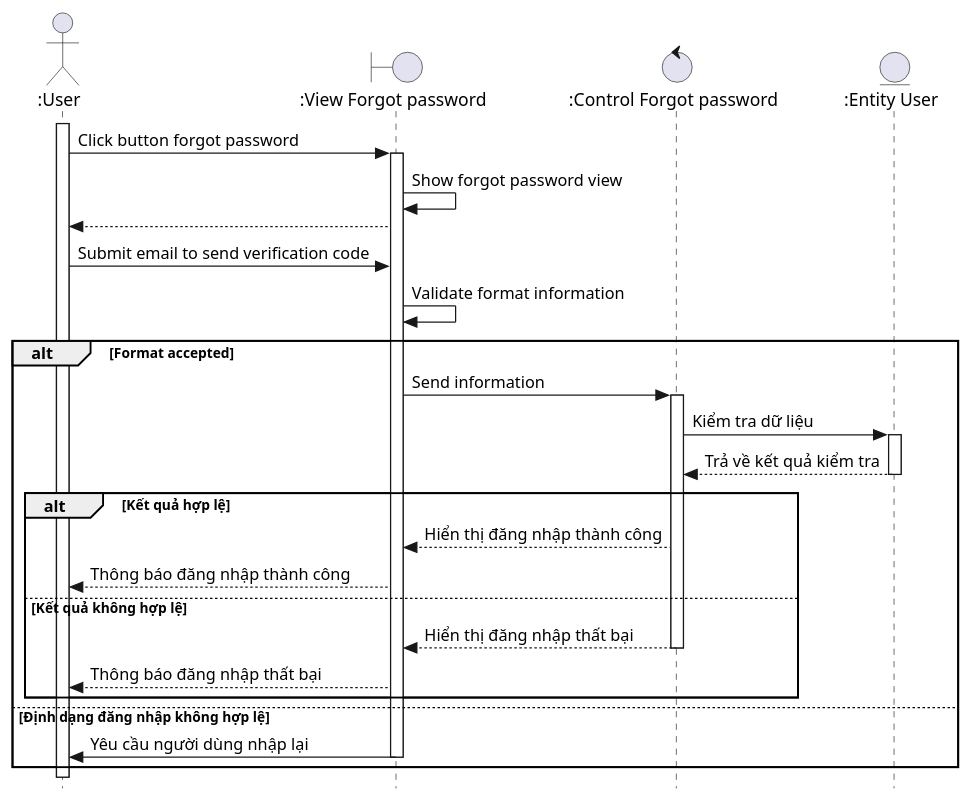
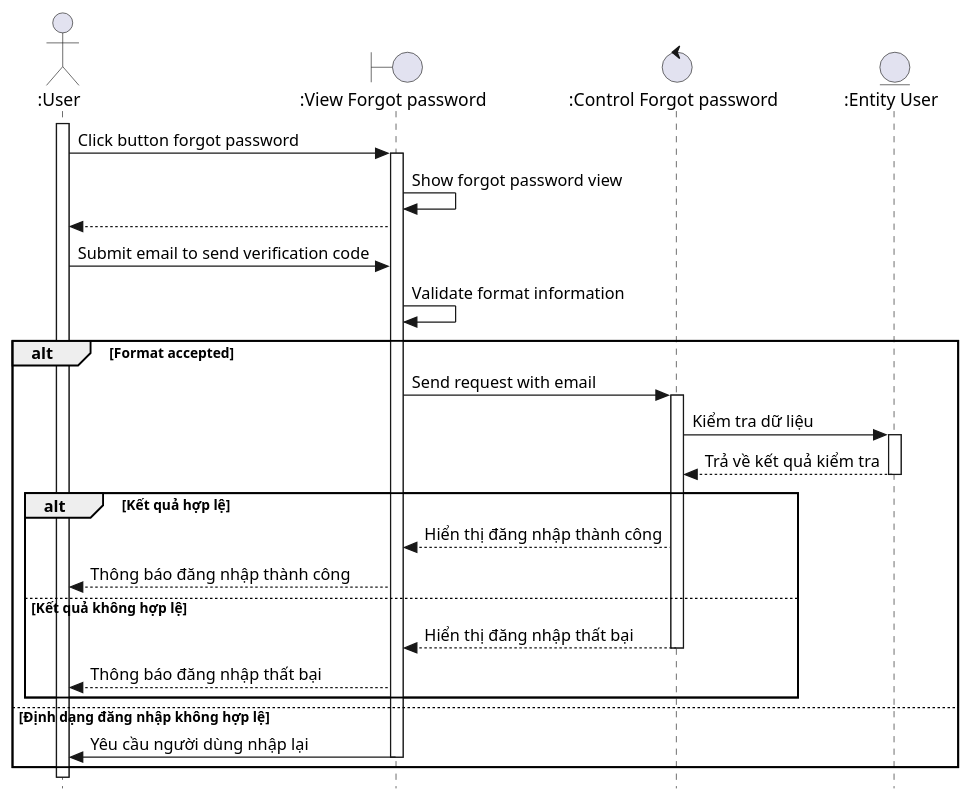
One commit to techcomrade/fmECG changed the diagram in diagram/sequence/mobile_app/forgot_password.pu. Above: the diagram before and after it, drawn with PlantUML. The commit also changed 24 other files, not shown here.

```diff
--- a/diagram/sequence/mobile_app/forgot_password.pu
+++ b/diagram/sequence/mobile_app/forgot_password.pu
@@ -1,38 +1,38 @@
 @startuml
 
 actor ":User" as User
 boundary ":View Forgot password" as ClientApp
 control ":Control Forgot password" as Control
 entity ":Entity User" as Entity
 
 activate User
 User -> ClientApp: Click button forgot password
 activate ClientApp
 ClientApp -> ClientApp: Show forgot password view
 ClientApp --> User
 User -> ClientApp: Submit email to send verification code
 ClientApp -> ClientApp: Validate format information
 alt Format accepted
-  ClientApp -> Control: Send information 
+  ClientApp -> Control: Send request with email  
   activate Control
   Control -> Entity: Kiểm tra dữ liệu 
   ' keep fixing and asking MRTuan
   activate Entity
   Entity --> Control: Trả về kết quả kiểm tra
   deactivate Entity
   alt Kết quả hợp lệ
     Control --> ClientApp: Hiển thị đăng nhập thành công
     ClientApp --> User: Thông báo đăng nhập thành công
   else Kết quả không hợp lệ
     Control --> ClientApp: Hiển thị đăng nhập thất bại
     deactivate Control
     ClientApp --> User: Thông báo đăng nhập thất bại 
   end
 
 else Định dạng đăng nhập không hợp lệ
   ClientApp -> User: Yêu cầu người dùng nhập lại
   deactivate ClientApp
 end
 
 skinparam style strictuml
 @enduml
```
